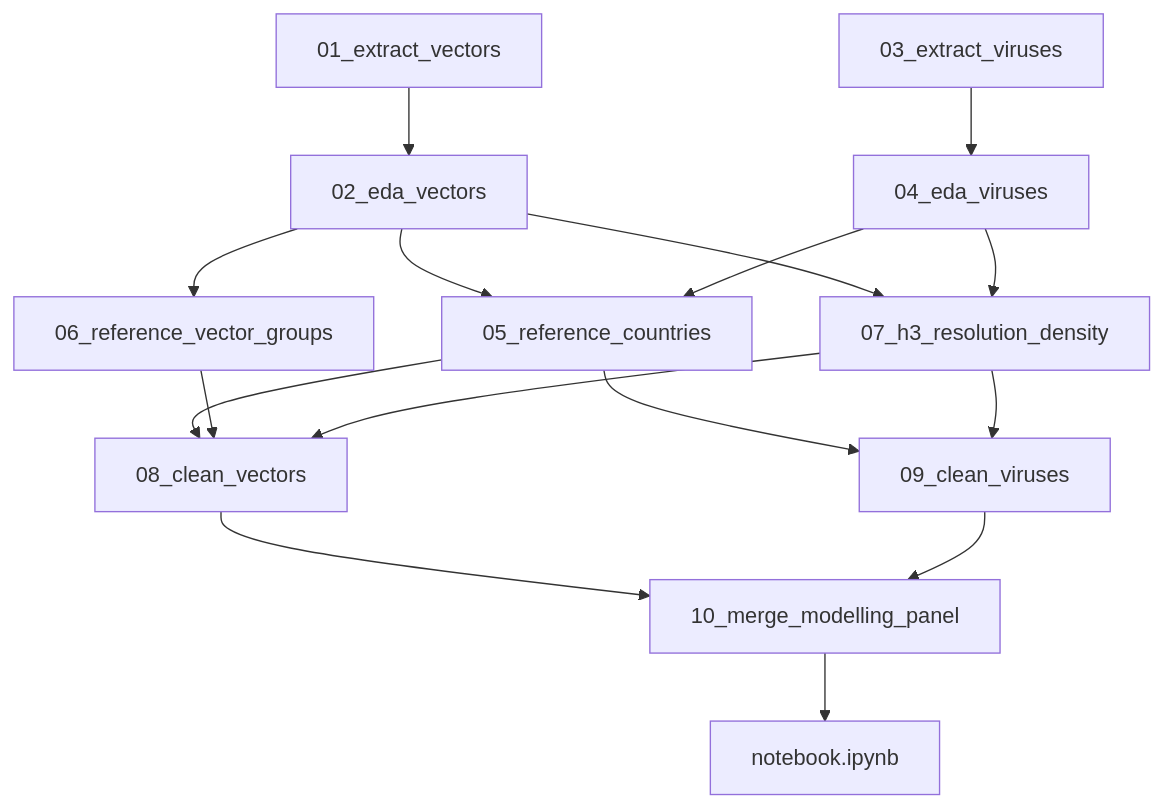
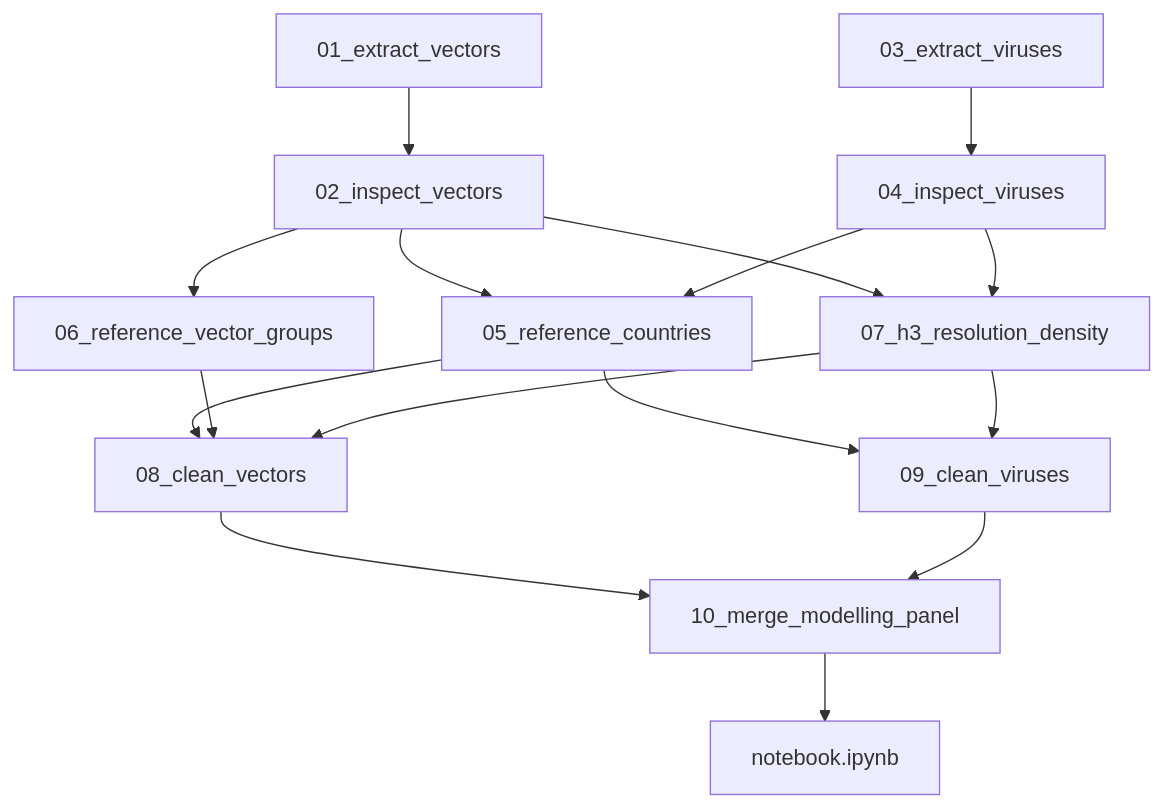
Before and after one commit to GustavoRusso/vector-guard: the diagram in specs/04-reference-data-and-panel-pipeline.md, drawn with Mermaid. The commit also changed other lines of this file and 39 other files, not shown here.

````diff
--- a/specs/04-reference-data-and-panel-pipeline.md
+++ b/specs/04-reference-data-and-panel-pipeline.md
@@ -172,30 +172,30 @@
 ```mermaid
 flowchart TD
   extractV["01_extract_vectors"]
   extractU["03_extract_viruses"]
-  edaV["02_eda_vectors"]
-  edaU["04_eda_viruses"]
+  edaV["02_inspect_vectors"]
+  edaU["04_inspect_viruses"]
   refCountries["05_reference_countries"]
   refTaxa["06_reference_vector_groups"]
   h3Density["07_h3_resolution_density"]
   cleanV["08_clean_vectors"]
   cleanU["09_clean_viruses"]
   merge["10_merge_modelling_panel"]
   courseNb["notebook.ipynb"]
 
   extractV --> edaV
   extractU --> edaU
   edaV --> refCountries
   edaU --> refCountries
   edaV --> refTaxa
   edaV --> h3Density
   edaU --> h3Density
   refCountries --> cleanV
   refCountries --> cleanU
   refTaxa --> cleanV
   h3Density --> cleanV
   h3Density --> cleanU
   cleanV --> merge
   cleanU --> merge
   merge --> courseNb
 ```
````
